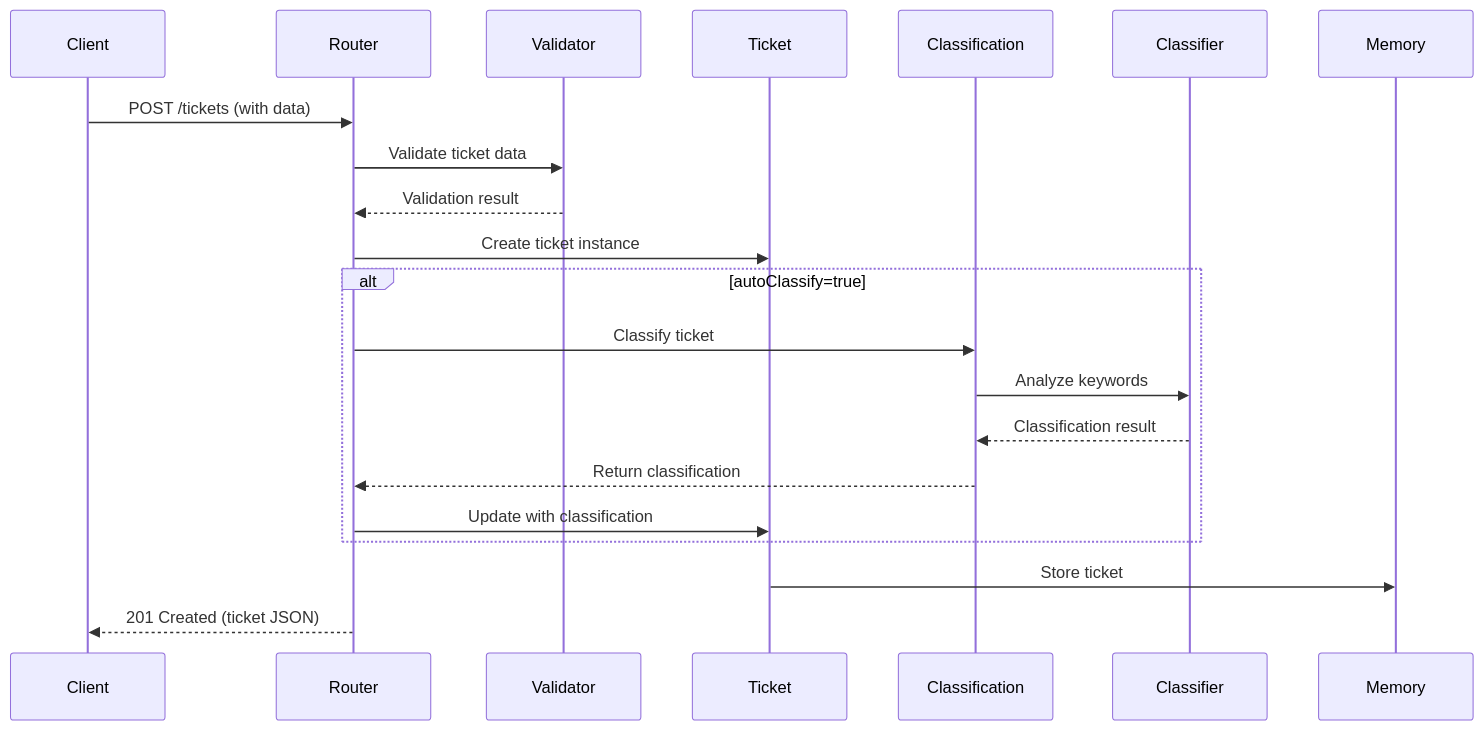
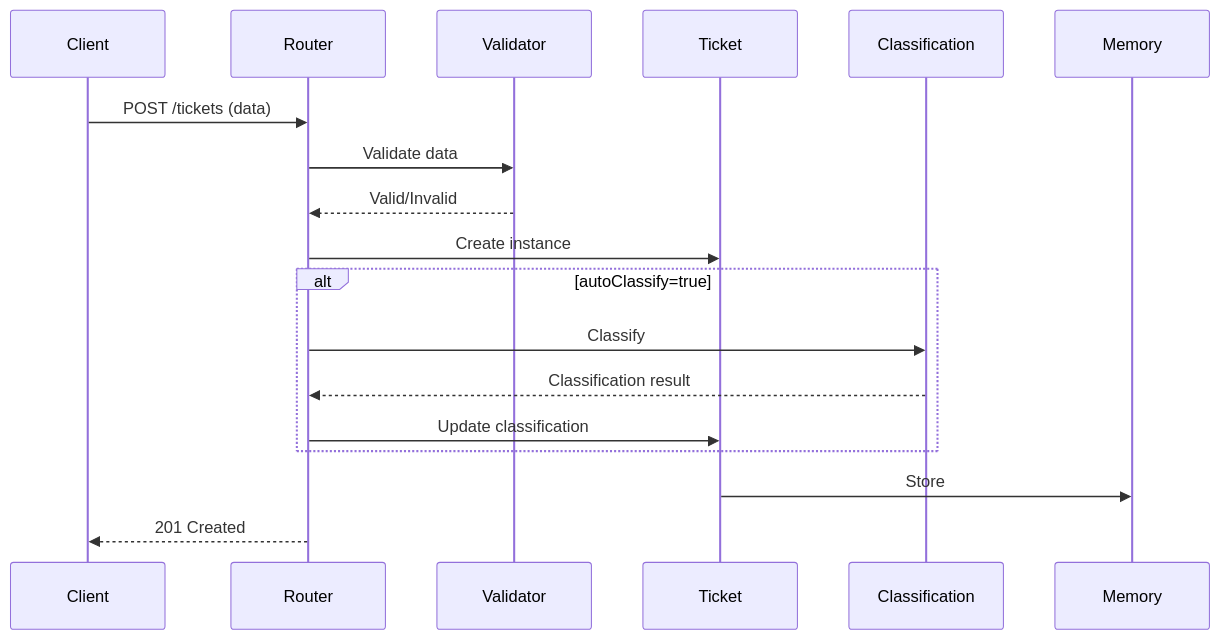
The second of 4 diagrams in homework-2/docs/ARCHITECTURE.md (oreland97/AI-Coding-Partner-Homework), drawn with Mermaid before and after one commit. The commit also changed other lines of this file and 4 other files, not shown here.

````diff
--- a/homework-2/docs/ARCHITECTURE.md
+++ b/homework-2/docs/ARCHITECTURE.md
@@ -315,16 +153,14 @@
 ```mermaid
 sequenceDiagram
-    Client->>Router: POST /tickets (with data)
-    Router->>Validator: Validate ticket data
-    Validator-->>Router: Validation result
-    Router->>Ticket: Create ticket instance
+    Client->>Router: POST /tickets (data)
+    Router->>Validator: Validate data
+    Validator-->>Router: Valid/Invalid
+    Router->>Ticket: Create instance
     alt autoClassify=true
-        Router->>Classification: Classify ticket
-        Classification->>Classifier: Analyze keywords
-        Classifier-->>Classification: Classification result
-        Classification-->>Router: Return classification
-        Router->>Ticket: Update with classification
+        Router->>Classification: Classify
+        Classification-->>Router: Classification result
+        Router->>Ticket: Update classification
     end
-    Ticket->>Memory: Store ticket
-    Router-->>Client: 201 Created (ticket JSON)
+    Ticket->>Memory: Store
+    Router-->>Client: 201 Created
 ```
````
